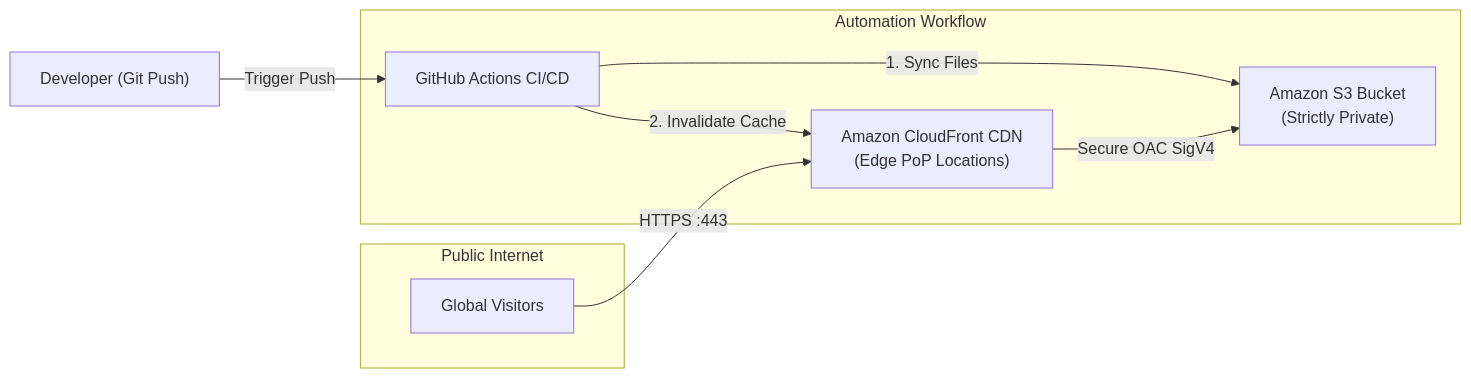
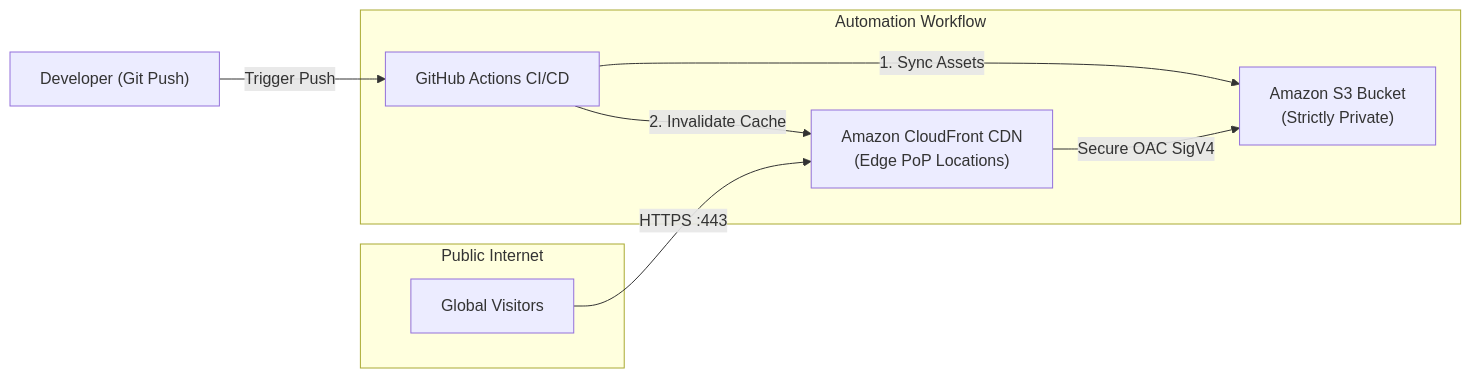
One commit to Naveenvarma33/aws-serverless-static-website-cicd changed the diagram in README.md. Above: the diagram before and after it, drawn with Mermaid. The commit also changed other lines of this file and 1 other file, not shown here.

````diff
--- a/README.md
+++ b/README.md
@@ -19,15 +20,15 @@
 ```mermaid
 flowchart LR
     Dev["Developer (Git Push)"] -->|Trigger Push| GHA["GitHub Actions CI/CD"]
     
     subgraph CI_CD ["Automation Workflow"]
-        GHA -->|1. Sync Files| S3["Amazon S3 Bucket\n(Strictly Private)"]
+        GHA -->|1. Sync Assets| S3["Amazon S3 Bucket\n(Strictly Private)"]
         GHA -->|2. Invalidate Cache| CF["Amazon CloudFront CDN\n(Edge PoP Locations)"]
     end
 
     subgraph EndUsers ["Public Internet"]
         Users["Global Visitors"] -->|HTTPS :443| CF
     end
 
     CF -->|Secure OAC SigV4| S3
 ```
````
